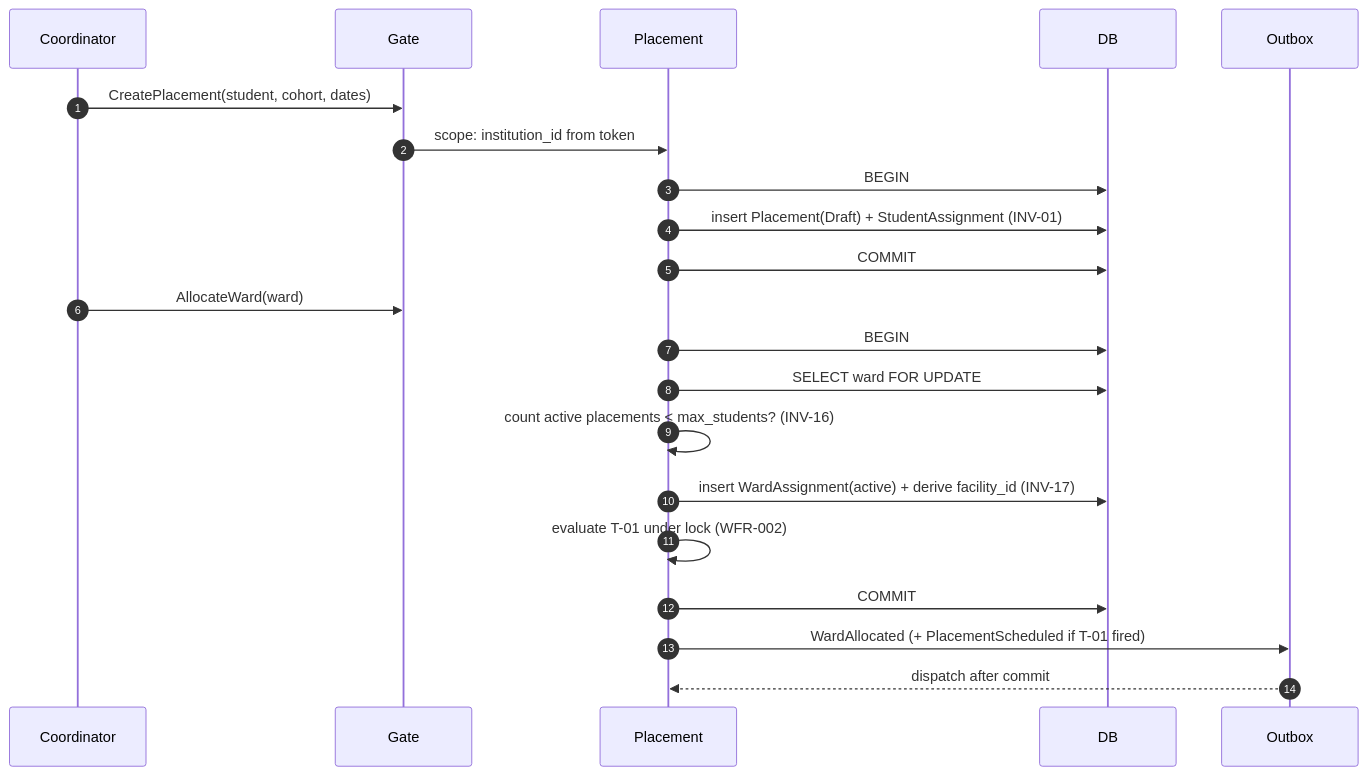
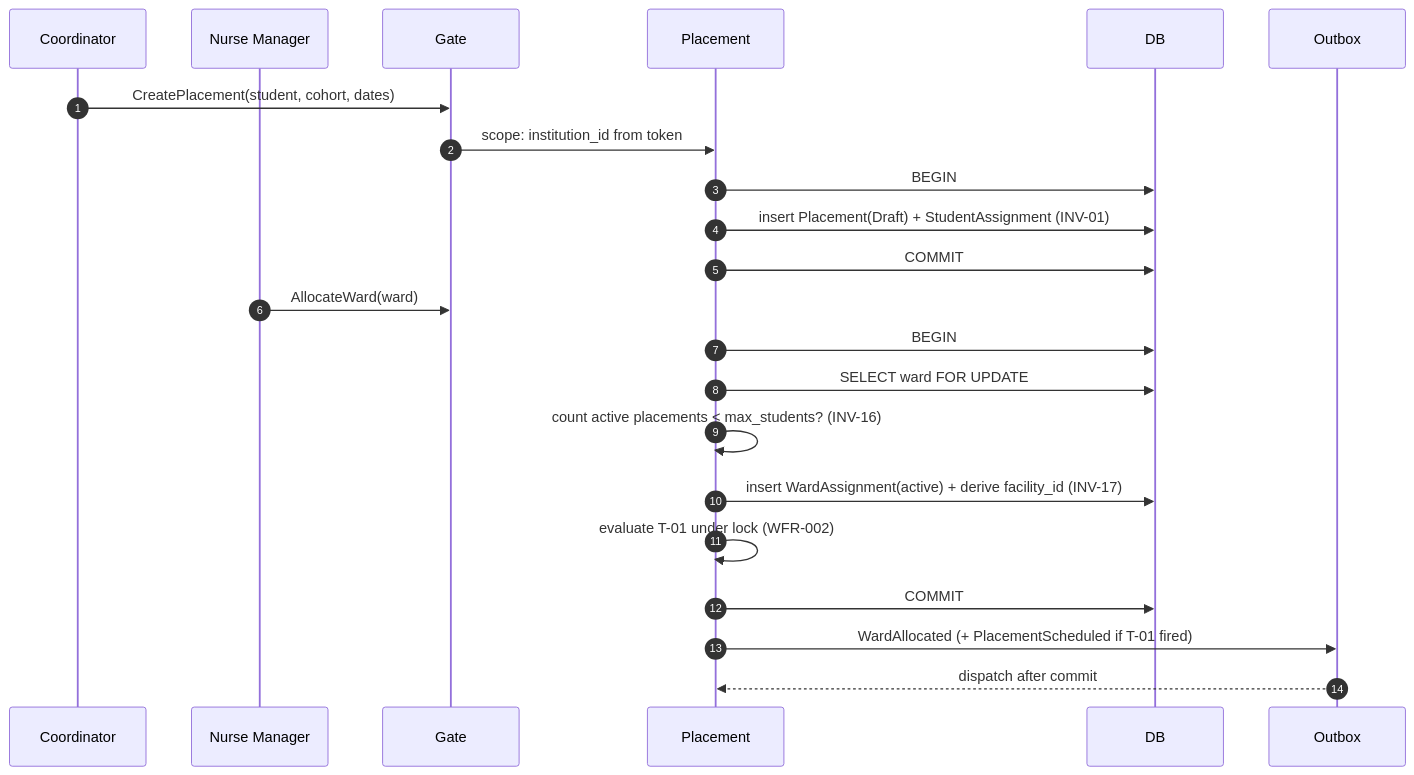
One commit to JHUB-AFRICA/mentor-mama changed the second of 9 diagrams in docs/architecture/stage3.5-use-cases-and-sequence-diagrams.md. Above: the diagram before and after it, drawn with Mermaid. The commit also changed other lines of this file and 536 other files, not shown here.

````diff
--- a/docs/architecture/stage3.5-use-cases-and-sequence-diagrams.md
+++ b/docs/architecture/stage3.5-use-cases-and-sequence-diagrams.md
@@ -216,25 +216,26 @@
 ```mermaid
 sequenceDiagram
     autonumber
     participant Coord as Coordinator
+    participant NM as Nurse Manager
     participant Gate
     participant Placement
     participant DB
     participant Outbox
 
     Coord->>Gate: CreatePlacement(student, cohort, dates)
     Gate->>Placement: scope: institution_id from token
     Placement->>DB: BEGIN
     Placement->>DB: insert Placement(Draft) + StudentAssignment (INV-01)
     Placement->>DB: COMMIT
 
-    Coord->>Gate: AllocateWard(ward)
+    NM->>Gate: AllocateWard(ward)
     Placement->>DB: BEGIN
     Placement->>DB: SELECT ward FOR UPDATE
     Placement->>Placement: count active placements < max_students? (INV-16)
     Placement->>DB: insert WardAssignment(active) + derive facility_id (INV-17)
     Placement->>Placement: evaluate T-01 under lock (WFR-002)
     Placement->>DB: COMMIT
     Placement->>Outbox: WardAllocated (+ PlacementScheduled if T-01 fired)
     Outbox-->>Placement: dispatch after commit
 ```
````
